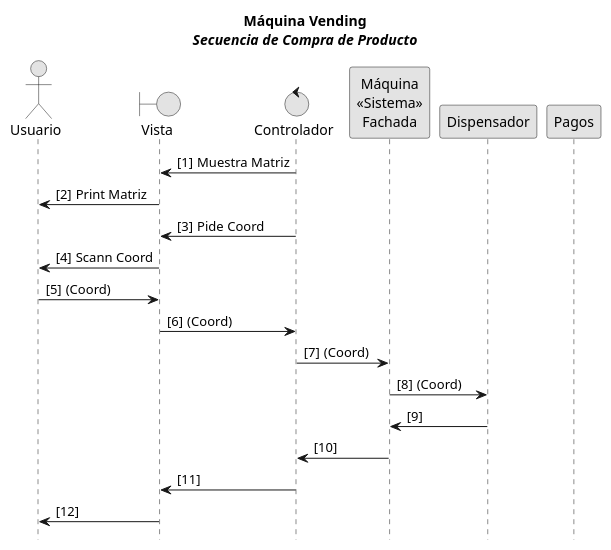
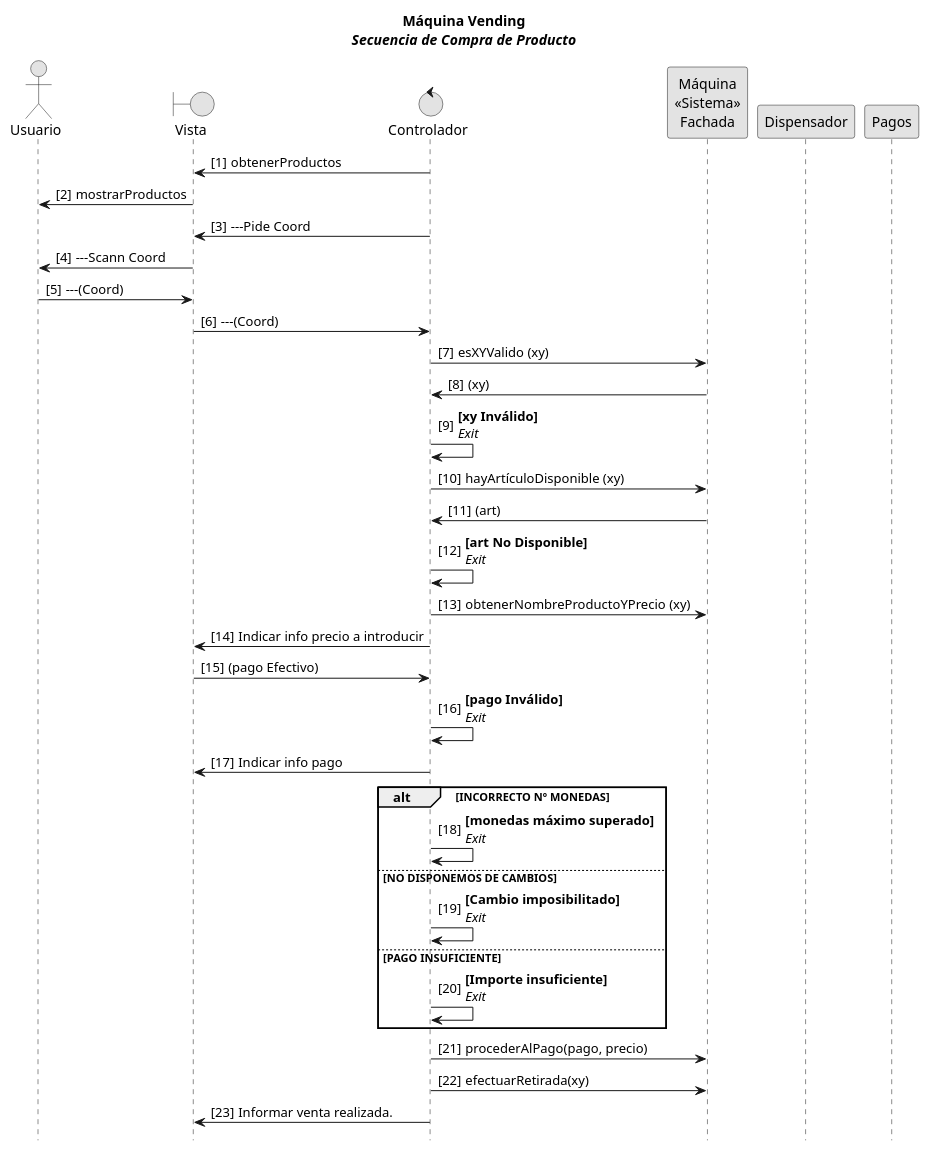
The sixth of 6 diagrams in ejemplos/maquina_vending.md (srlopez/RUP), drawn with PlantUML before and after one commit. The commit also changed other lines of this file and 1 other file, not shown here.

````diff
--- a/ejemplos/maquina_vending.md
+++ b/ejemplos/maquina_vending.md
@@ -355,40 +360,56 @@
 ```plantuml
 @startuml
 skinparam monochrome true
 ' skinparam handwritten true
 ' skinparam defaultFontName Comic Sans MS
 ' skinparam classArrowFontName Arial
 
 title <b>Máquina Vending</b>\n<i>Secuencia de Compra de Producto</i>
 autonumber "[0]"
 hide footbox
 
 actor Usuario as u
 boundary Vista as v
 control Controlador as c 
 participant "Máquina\n<<Sistema>>\nFachada" as s
 participant Dispensador as d
 participant Pagos as p
 
 ' entity 
 ' database 
 ' collections  
 
 'group Comprar Producto
-c -> v: Muestra Matriz
-v -> u: Print Matriz
-c -> v: Pide Coord
-v -> u: Scann Coord
-u -> v: (Coord)
-v -> c: (Coord)
-c -> s: (Coord)
-s -> d: (Coord)
-d -> s:
-s -> c:
-c -> v:
-v -> u:
+c -> v: obtenerProductos
+v -> u: mostrarProductos
+c -> v: ---Pide Coord
+v -> u: ---Scann Coord
+u -> v: ---(Coord)
+v -> c: ---(Coord)
+c -> s: esXYValido (xy)
+s -> c: (xy)
+c -> c: <b>[xy Inválido]</b>\n<i>Exit</i>
+c -> s: hayArtículoDisponible (xy)
+s -> c: (art)
+c -> c: <b>[art No Disponible]</b>\n<i>Exit</i>
+c -> s: obtenerNombreProductoYPrecio (xy)
+c -> v: Indicar info precio a introducir
+v -> c: (pago Efectivo)
+c -> c: <b>[pago Inválido]</b>\n<i>Exit</i>
+c -> v: Indicar info pago
+alt INCORRECTO Nº MONEDAS
+c -> c: <b>[monedas máximo superado]</b>\n<i>Exit</i>
+else NO DISPONEMOS DE CAMBIOS
+c -> c: <b>[Cambio imposibilitado]</b>\n<i>Exit</i>
+else PAGO INSUFICIENTE
+c -> c: <b>[Importe insuficiente]</b>\n<i>Exit</i>
+end
+c -> s: procederAlPago(pago, precio)
+c -> s: efectuarRetirada(xy)
+c -> v: Informar venta realizada.
+
 
 
 'end
 @enduml
 ```
````
